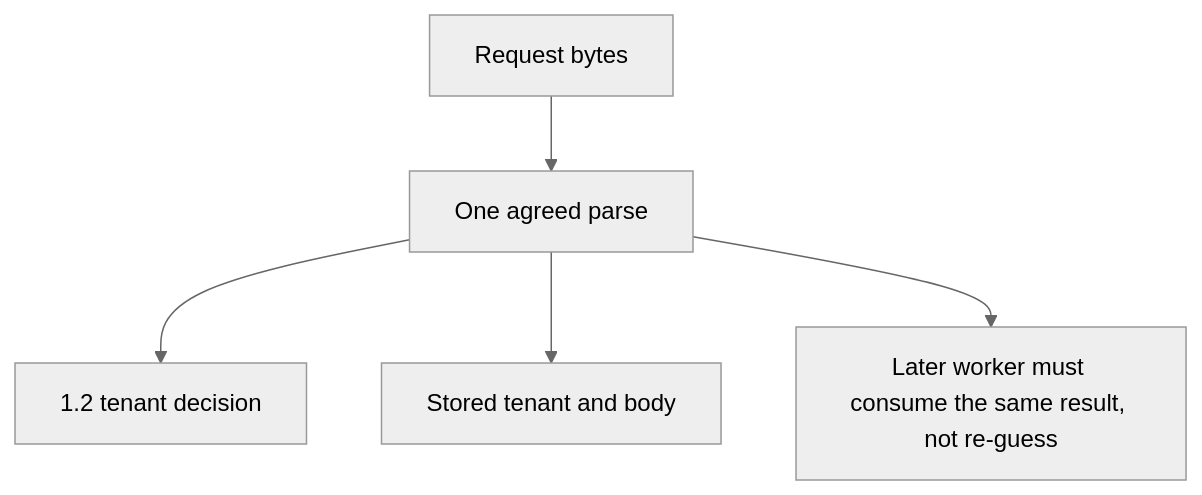
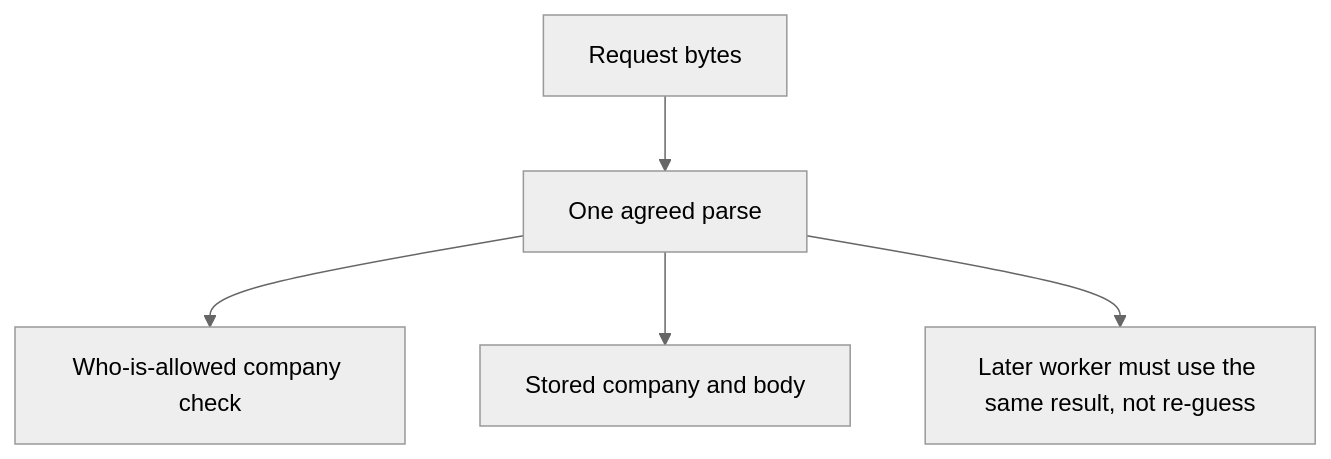
One commit to ishitvagoel/LearnSecurity changed the diagram in content/modules/2/2.1/lessons/02-model.md. Above: the diagram before and after it, drawn with Mermaid (neutral theme). The commit also changed other lines of this file and 44 other files, not shown here.

````diff
--- a/content/modules/2/2.1/lessons/02-model.md
+++ b/content/modules/2/2.1/lessons/02-model.md
@@ -15,7 +14,7 @@
 ```mermaid
 flowchart TD
-  Bytes["Request bytes"] --> Agreed["One agreed parse"]
-  Agreed --> ACL["1.2 tenant decision"]
-  Agreed --> Store["Stored tenant and body"]
-  Agreed --> Worker["Later worker must consume the same result, not re-guess"]
+  Bytes[Request bytes] --> Agreed[One agreed parse]
+  Agreed --> ACL[Who-is-allowed company check]
+  Agreed --> Store[Stored company and body]
+  Agreed --> Worker[Later worker must use the same result, not re-guess]
 ```
````
